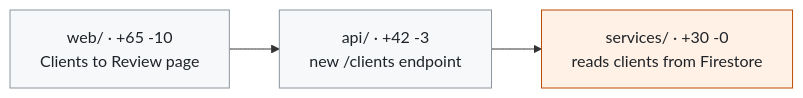
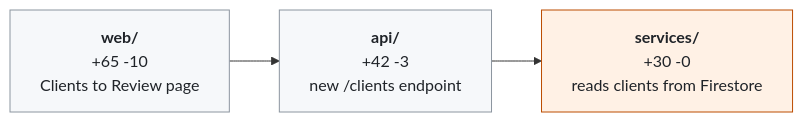
One commit to jggomez/expert-ai-developer-skills changed the second of 2 diagrams in tools/pr-reviewer/README.md. Above: the diagram before and after it, drawn with Mermaid. The commit also changed 4 other files, not shown here.

````diff
--- a/tools/pr-reviewer/README.md
+++ b/tools/pr-reviewer/README.md
@@ -77,13 +77,13 @@
 ```mermaid
 flowchart LR
-  a1["api/ · +42 -3<br/>new /clients endpoint"]
-  a2["services/ · +30 -0<br/>reads clients from Firestore"]
-  a3["web/ · +65 -10<br/>Clients to Review page"]
+  a1["<b>api/</b><br/>+42 -3<br/>new /clients endpoint"]
+  a2["<b>services/</b><br/>+30 -0<br/>reads clients from Firestore"]
+  a3["<b>web/</b><br/>+65 -10<br/>Clients to Review page"]
   a3 --> a1
   a1 --> a2
   classDef high fill:#fff1e5,stroke:#bc4c00,color:#1f2328
   classDef clean fill:#f6f8fa,stroke:#8c959f,color:#1f2328
   class a1 clean
   class a2 high
   class a3 clean
 ```
````
